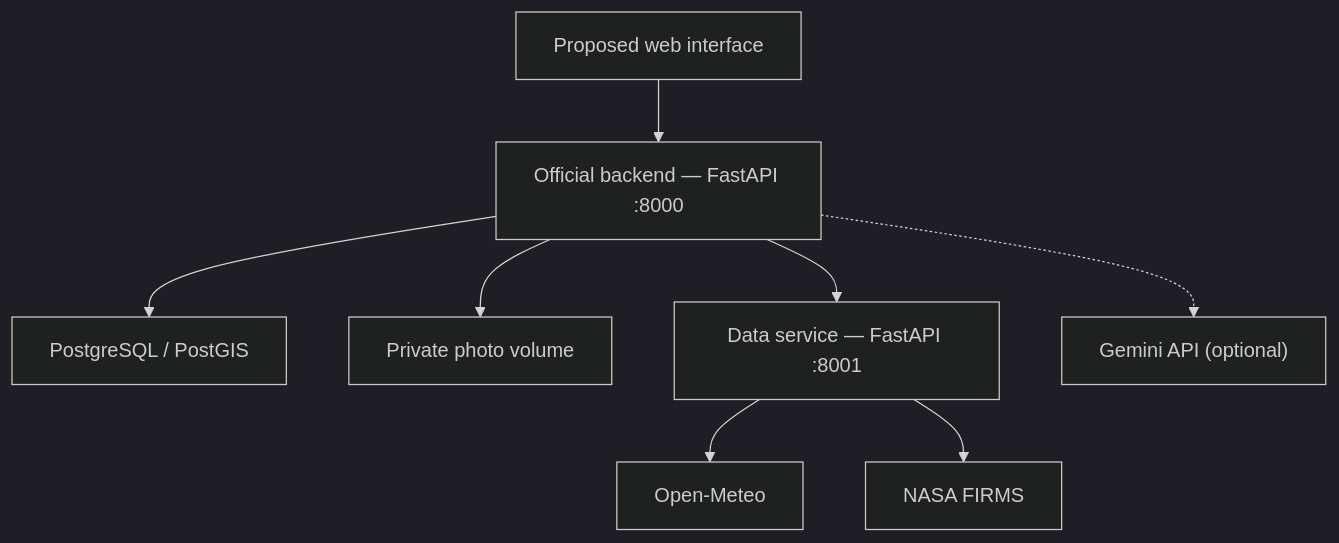
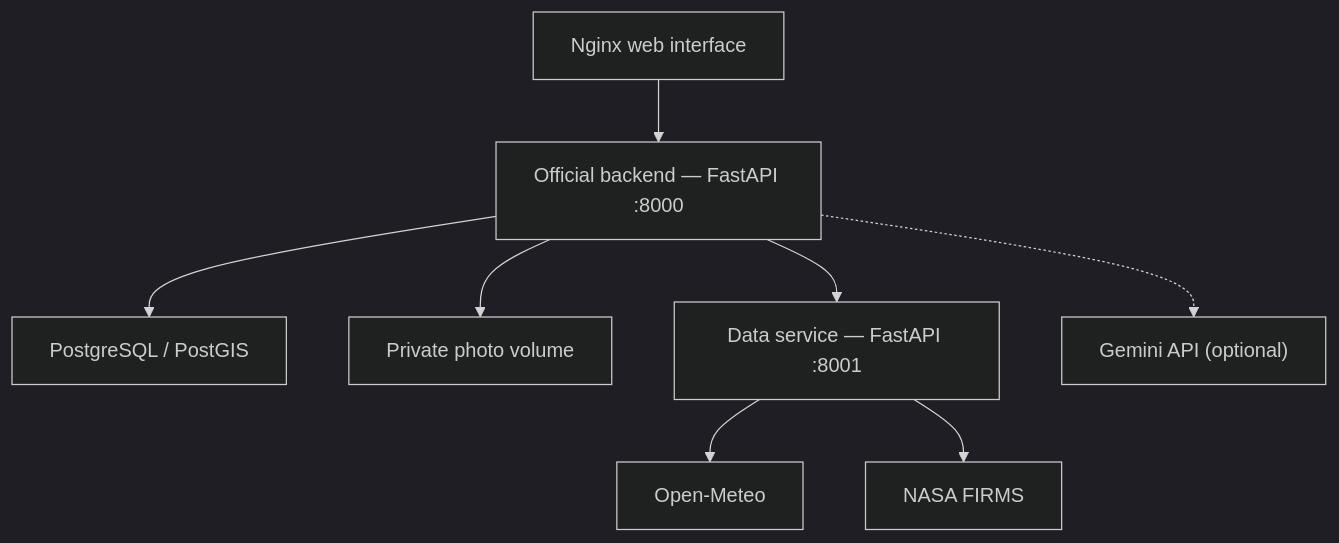
The first of 2 diagrams in README.md (armandor123/terra-firma), drawn with Mermaid (dark theme) before and after one commit. The commit also changed other lines of this file and 5 other files, not shown here.

````diff
--- a/README.md
+++ b/README.md
@@ -109,10 +109,10 @@
 ```mermaid
 flowchart TD
-    M["Proposed web interface"] --> B["Official backend — FastAPI :8000"]
+    M["Nginx web interface"] --> B["Official backend — FastAPI :8000"]
     B --> P["PostgreSQL / PostGIS"]
     B --> F["Private photo volume"]
     B --> D["Data service — FastAPI :8001"]
     B -.-> V["Gemini API (optional)"]
     D --> W["Open-Meteo"]
     D --> N["NASA FIRMS"]
 ```
````
